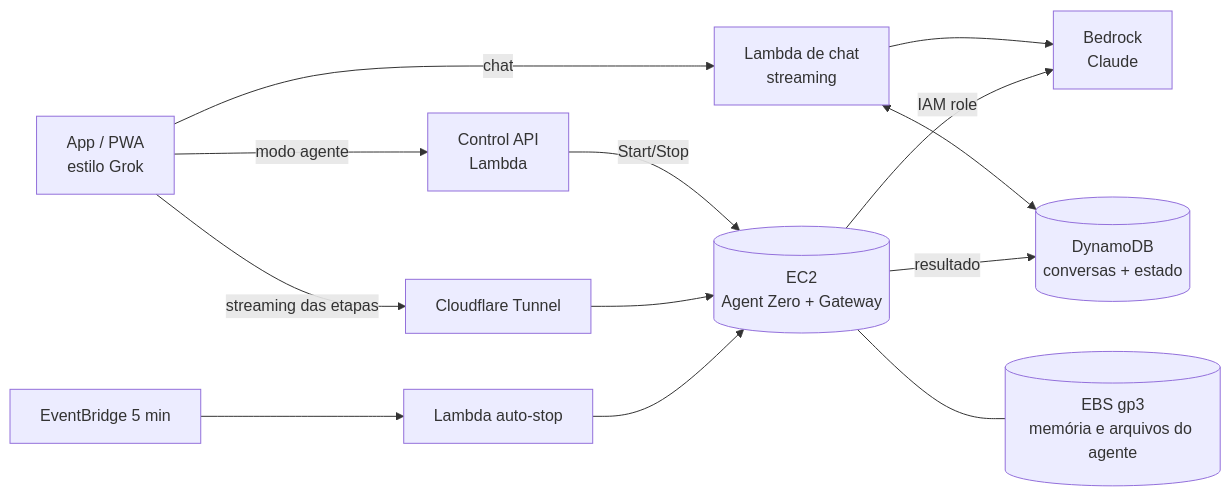
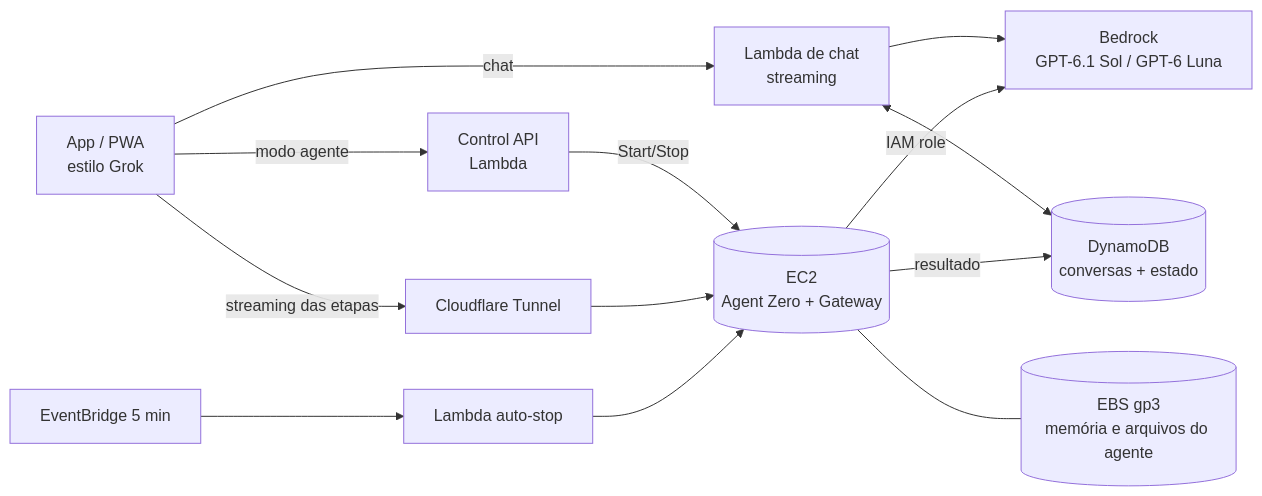
One commit to cardosomatheus1/agentepessoal changed the diagram in docs/ARQUITETURA.md. Above: the diagram before and after it, drawn with Mermaid. The commit also changed other lines of this file and 7 other files, not shown here.

First line of the commit message:
Use only GPT-6.1 Sol and GPT-6 Luna on Bedrock

````diff
--- a/docs/ARQUITETURA.md
+++ b/docs/ARQUITETURA.md
@@ -28,13 +28,13 @@
 ```mermaid
 flowchart LR
   U[App / PWA<br/>estilo Grok] -->|chat| CH[Lambda de chat<br/>streaming]
-  CH --> BR[Bedrock<br/>Claude]
+  CH --> BR[Bedrock<br/>GPT-6.1 Sol / GPT-6 Luna]
   CH <--> DB[(DynamoDB<br/>conversas + estado)]
   U -->|modo agente| CP[Control API<br/>Lambda]
   CP -->|Start/Stop| EC2[(EC2<br/>Agent Zero + Gateway)]
   U -->|streaming das etapas| CF[Cloudflare Tunnel] --> EC2
   EC2 -->|IAM role| BR
   EC2 -->|resultado| DB
   EB[EventBridge 5 min] --> IDLE[Lambda auto-stop] --> EC2
   EC2 --- EBS[(EBS gp3<br/>memória e arquivos do agente)]
 ```
````
